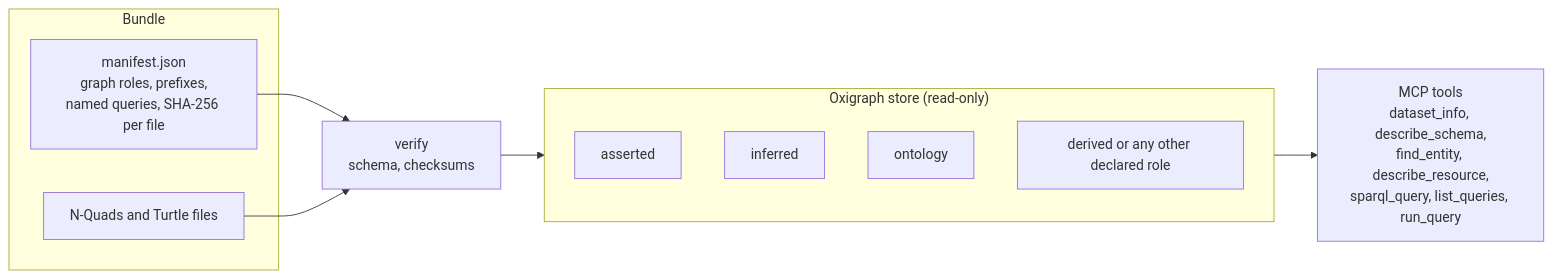
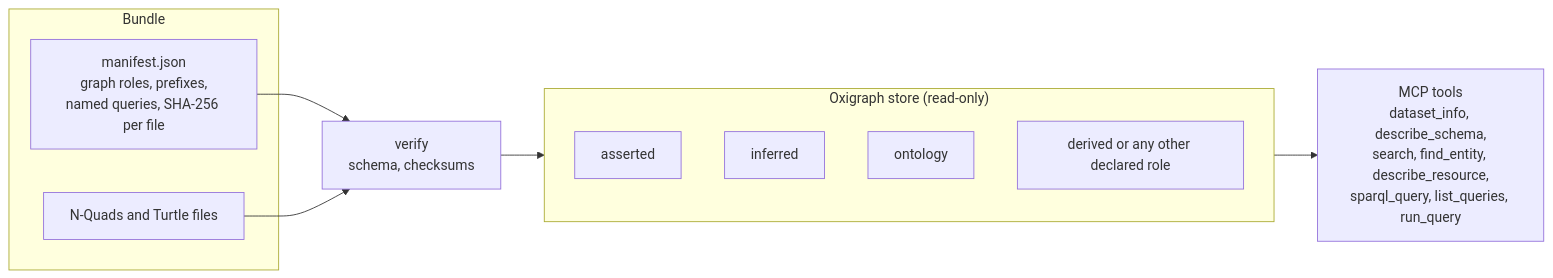
Before and after one commit to rewire-bio/rdf-kg-mcp: the diagram in README.md, drawn with Mermaid. The commit also changed other lines of this file and 9 other files, not shown here.

````diff
--- a/README.md
+++ b/README.md
@@ -12,19 +12,19 @@
 ```mermaid
 flowchart LR
   subgraph bundle["Bundle"]
     manifest["manifest.json<br/>graph roles, prefixes,<br/>named queries, SHA-256 per file"]
     files["N-Quads and Turtle files"]
   end
   verify["verify<br/>schema, checksums"]
   subgraph store["Oxigraph store (read-only)"]
     asserted["asserted"]
     inferred["inferred"]
     ontology["ontology"]
     derived["derived or any other declared role"]
   end
-  tools["MCP tools<br/>dataset_info, describe_schema,<br/>find_entity, describe_resource,<br/>sparql_query, list_queries, run_query"]
+  tools["MCP tools<br/>dataset_info, describe_schema,<br/>search, find_entity, describe_resource,<br/>sparql_query, list_queries, run_query"]
   manifest --> verify
   files --> verify
   verify --> store
   store --> tools
 ```
````
